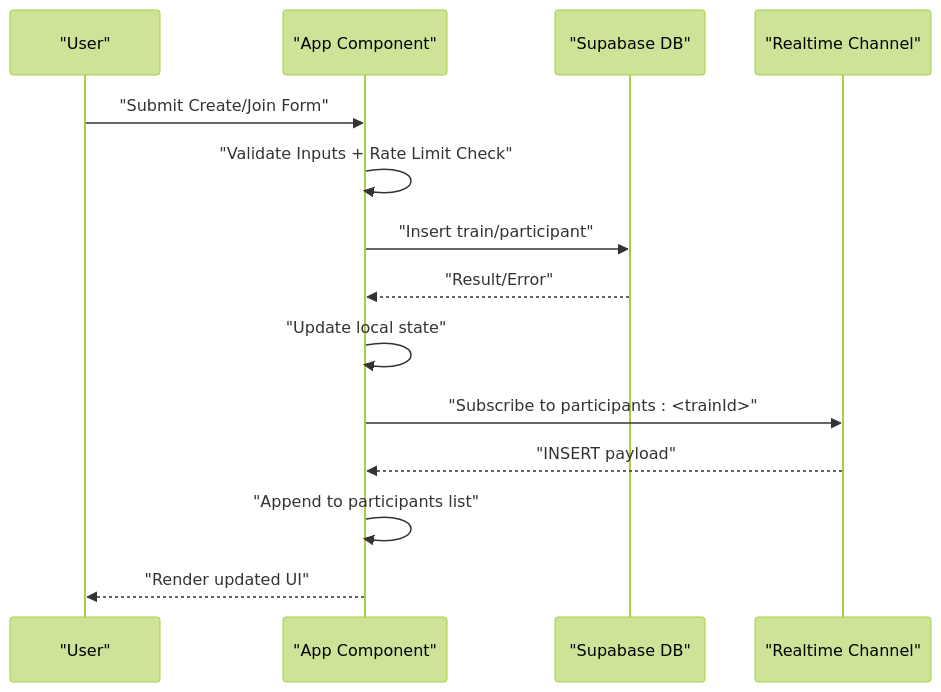
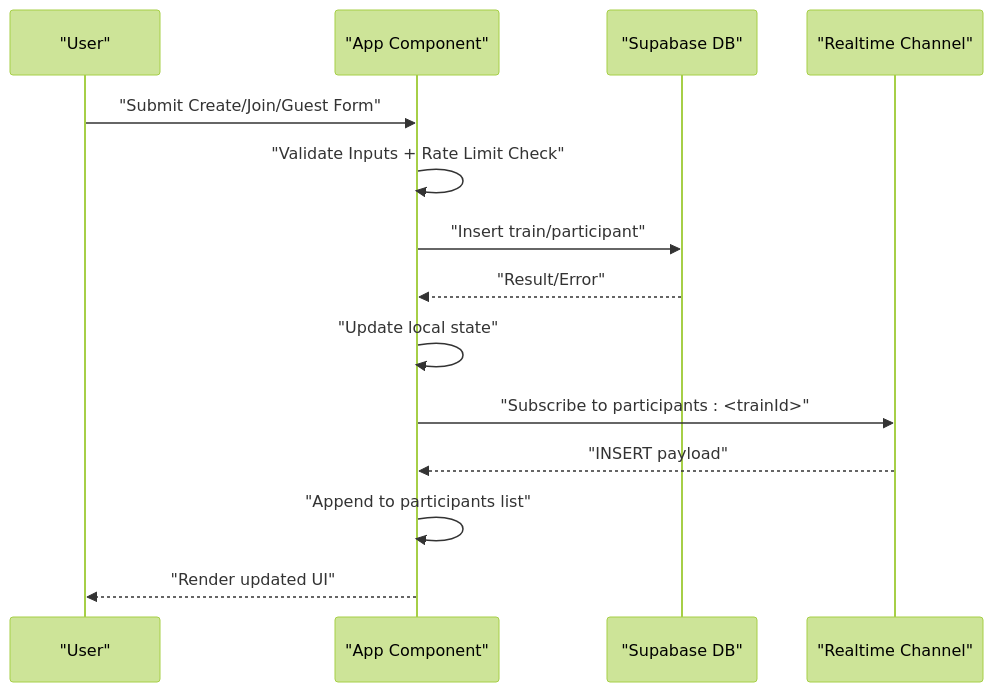
Before and after one commit to TheBooleanJulian/followtrain-v2: the seventh of 19 diagrams in .qoder/repowiki/en/content/Application Architecture.md, drawn with Mermaid (forest theme). The commit also changed other lines of this file and 202 other files, not shown here.

````diff
--- a/.qoder/repowiki/en/content/Application Architecture.md
+++ b/.qoder/repowiki/en/content/Application Architecture.md
@@ -232,16 +390,16 @@
 ```mermaid
 sequenceDiagram
 participant U as "User"
 participant A as "App Component"
 participant D as "Supabase DB"
 participant R as "Realtime Channel"
-U->>A : "Submit Create/Join Form"
+U->>A : "Submit Create/Join/Guest Form"
 A->>A : "Validate Inputs + Rate Limit Check"
 A->>D : "Insert train/participant"
 D-->>A : "Result/Error"
 A->>A : "Update local state"
 A->>R : "Subscribe to participants : <trainId>"
 R-->>A : "INSERT payload"
 A->>A : "Append to participants list"
 A-->>U : "Render updated UI"
 ```
````
